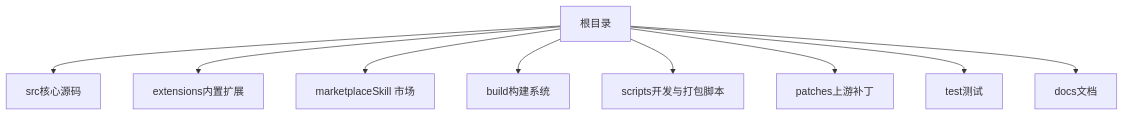
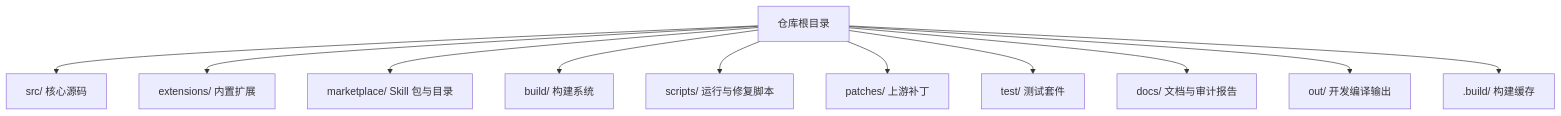
The first of 7 diagrams in .qoder/repowiki/zh/content/项目概述.md (sofate798/KodrixCode), drawn with Mermaid before and after one commit. The commit also changed other lines of this file and 178 other files, not shown here.

````diff
--- a/.qoder/repowiki/zh/content/项目概述.md
+++ b/.qoder/repowiki/zh/content/项目概述.md
@@ -66,11 +50,13 @@
 ```mermaid
 graph TB
-A["根目录"] --> B["src核心源码"]
-A --> C["extensions内置扩展"]
-A --> D["marketplaceSkill 市场"]
-A --> E["build构建系统"]
-A --> F["scripts开发与打包脚本"]
-A --> G["patches上游补丁"]
-A --> H["test测试"]
-A --> I["docs文档"]
+Root["仓库根目录"] --> Src["src/ 核心源码"]
+Root --> Extensions["extensions/ 内置扩展"]
+Root --> Marketplace["marketplace/ Skill 包与目录"]
+Root --> Build["build/ 构建系统"]
+Root --> Scripts["scripts/ 运行与修复脚本"]
+Root --> Patches["patches/ 上游补丁"]
+Root --> Test["test/ 测试套件"]
+Root --> Docs["docs/ 文档与审计报告"]
+Root --> Out["out/ 开发编译输出"]
+Root --> BuildCache[".build/ 构建缓存"]
 ```
````
